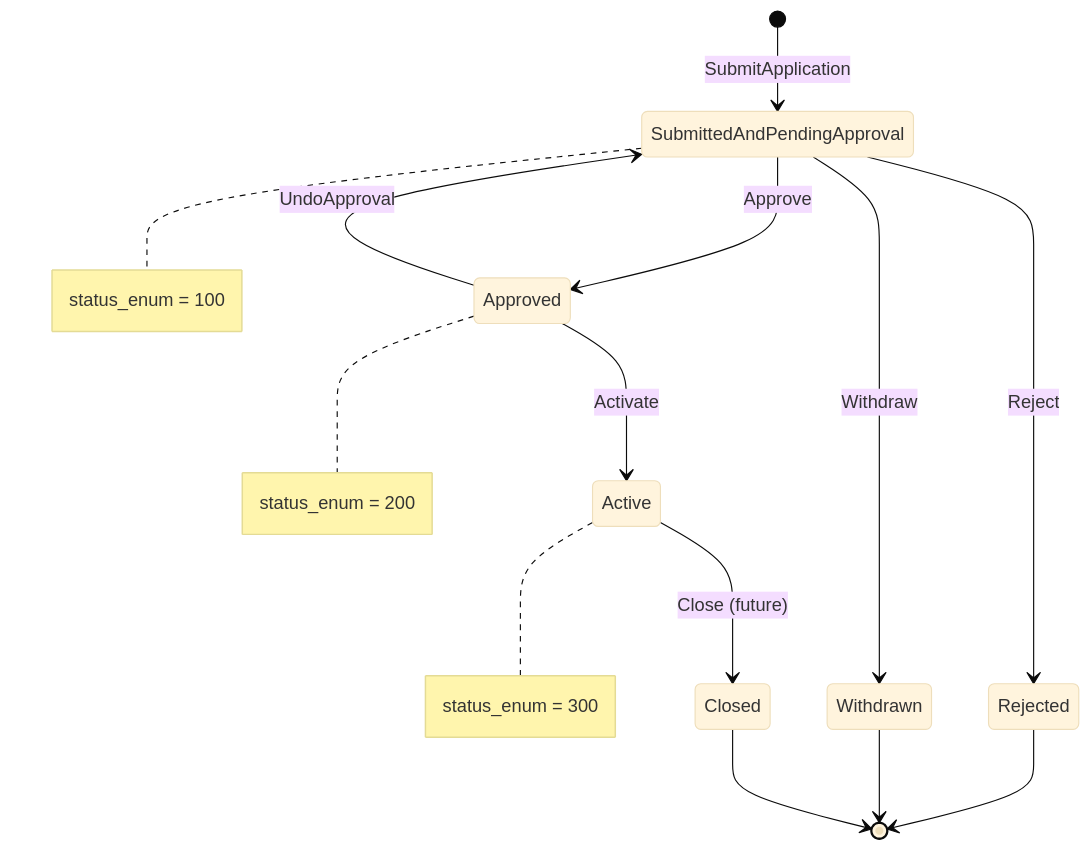
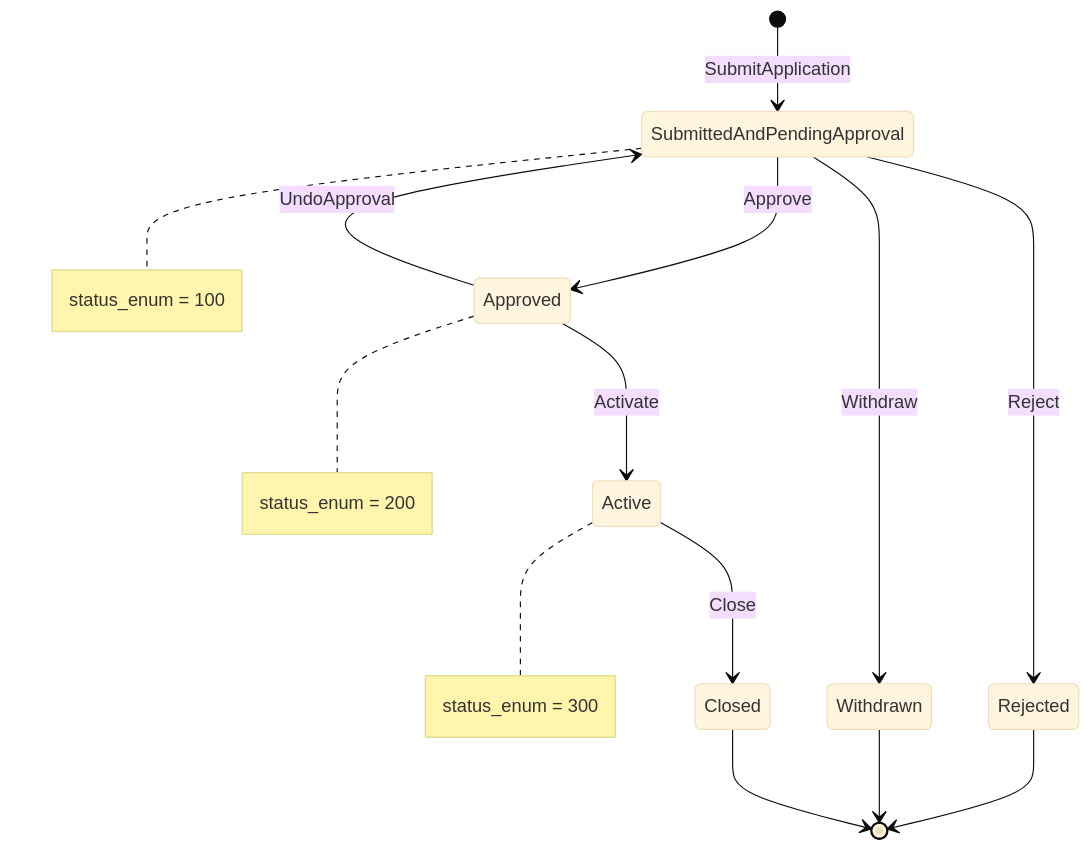
Before and after one commit to Anassedemnati/CoreBanking: the fourth of 14 diagrams in docs/IMPLEMENTATION_PLAN.md, drawn with Mermaid (base theme). The commit also changed other lines of this file and 2 other files, not shown here.

Commit message:
docs(accounts): record savings account closure (architecture + plan + controller remarks)
- ARCHITECTURE.md: close endpoint in §2.1, SavingsAccountClosed in §2 catalogue,
  Active→Closed(600 terminal) in §5 state machine + closure narrative, CLOSEDON
  lifecycle-date note in §6.
- IMPLEMENTATION_PLAN.md: 'Implemented (June 2026)' closure capability note;
  drop '(future)' from the §7 state-machine diagram.
- SavingsAccountsController <remarks>: Closed is terminal (not 'future use') and
  the Active→Closed transition is now listed.

````diff
--- a/docs/IMPLEMENTATION_PLAN.md
+++ b/docs/IMPLEMENTATION_PLAN.md
@@ -279,17 +281,17 @@
 ```mermaid
 stateDiagram-v2
     [*] --> SubmittedAndPendingApproval : SubmitApplication
     SubmittedAndPendingApproval --> Approved : Approve
     SubmittedAndPendingApproval --> Rejected : Reject
     SubmittedAndPendingApproval --> Withdrawn : Withdraw
     Approved --> Active : Activate
     Approved --> SubmittedAndPendingApproval : UndoApproval
-    Active --> Closed : Close (future)
+    Active --> Closed : Close
     Rejected --> [*]
     Withdrawn --> [*]
     Closed --> [*]
 
     note right of SubmittedAndPendingApproval : status_enum = 100
     note right of Approved : status_enum = 200
     note right of Active : status_enum = 300
 ```
````
